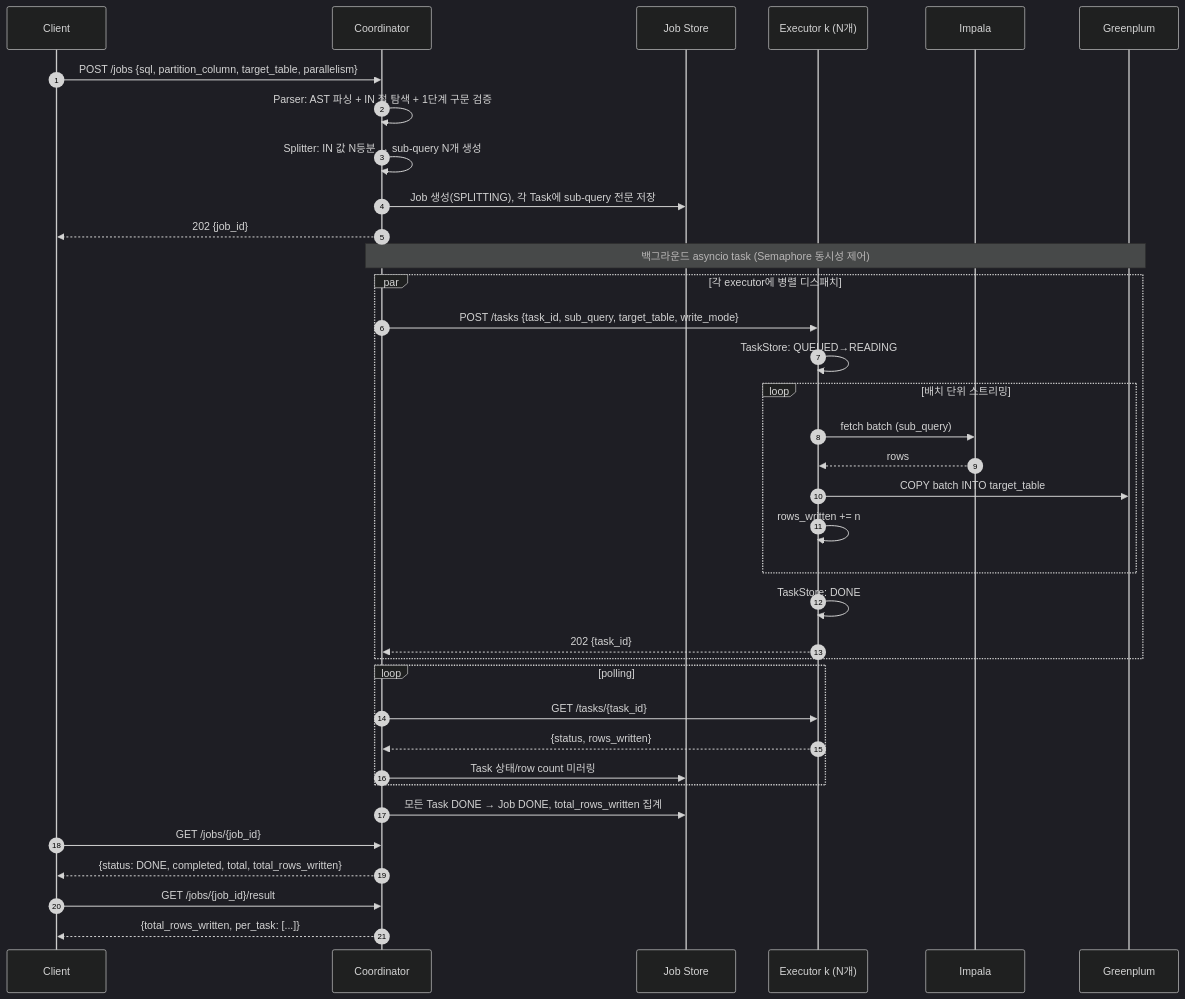
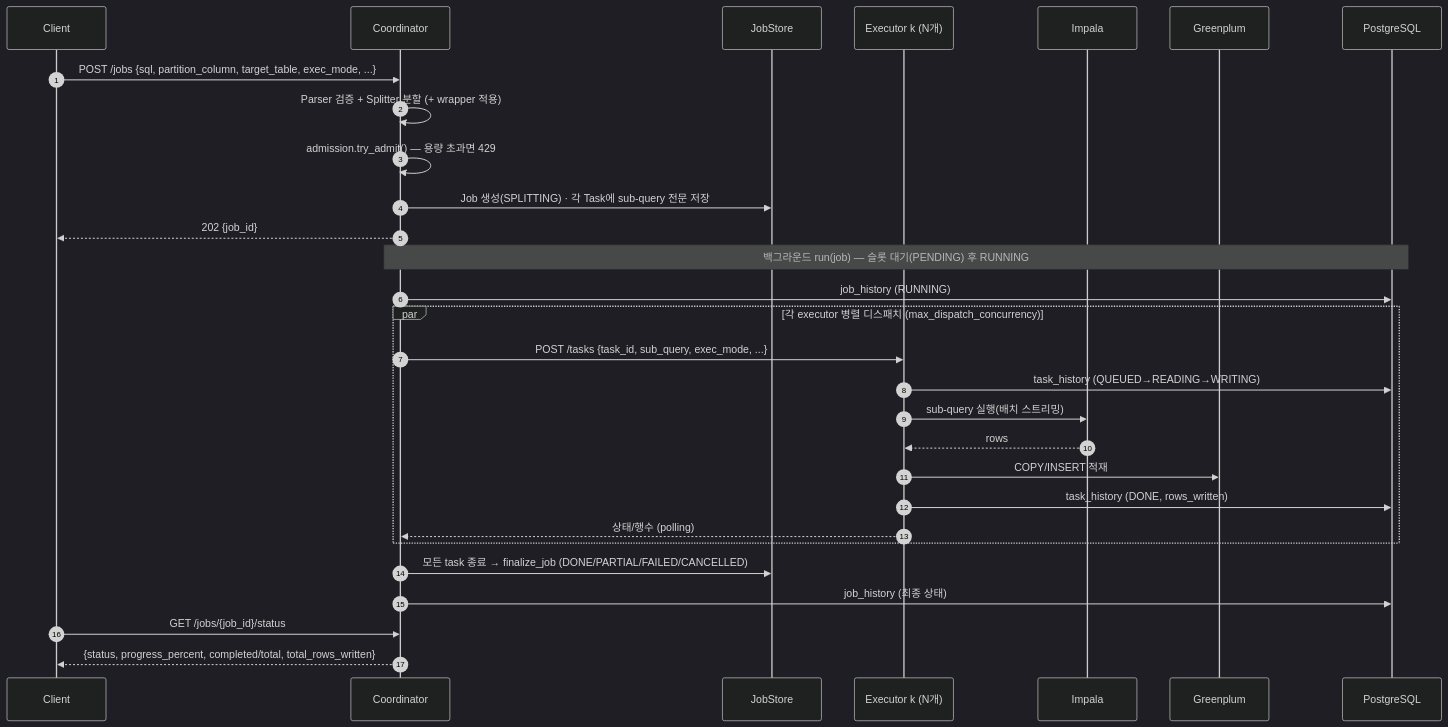
One commit to DataDynamics/distributed-query-executor changed the sixth of 8 diagrams in DESIGN.md. Above: the diagram before and after it, drawn with Mermaid (dark theme). The commit also changed other lines of this file, not shown here.

````diff
--- a/DESIGN.md
+++ b/DESIGN.md
@@ -209,44 +230,36 @@
 ```mermaid
 sequenceDiagram
     autonumber
     participant C as Client
     participant CO as Coordinator
-    participant JS as Job Store
+    participant JS as JobStore
     participant EX as Executor k (N개)
     participant IM as Impala
     participant GP as Greenplum
+    participant PG as PostgreSQL
 
-    C->>CO: POST /jobs {sql, partition_column, target_table, parallelism}
-    CO->>CO: Parser: AST 파싱 + IN 절 탐색 + 1단계 구문 검증
-    CO->>CO: Splitter: IN 값 N등분 → sub-query N개 생성
-    CO->>JS: Job 생성(SPLITTING), 각 Task에 sub-query 전문 저장
+    C->>CO: POST /jobs {sql, partition_column, target_table, exec_mode, ...}
+    CO->>CO: Parser 검증 + Splitter 분할 (+ wrapper 적용)
+    CO->>CO: admission.try_admit() — 용량 초과면 429
+    CO->>JS: Job 생성(SPLITTING) · 각 Task에 sub-query 전문 저장
     CO-->>C: 202 {job_id}
 
-    Note over CO,GP: 백그라운드 asyncio task (Semaphore 동시성 제어)
+    Note over CO,PG: 백그라운드 run(job) — 슬롯 대기(PENDING) 후 RUNNING
+    CO->>PG: job_history (RUNNING)
 
-    par 각 executor에 병렬 디스패치
-        CO->>EX: POST /tasks {task_id, sub_query, target_table, write_mode}
-        EX->>EX: TaskStore: QUEUED→READING
-        loop 배치 단위 스트리밍
-            EX->>IM: fetch batch (sub_query)
-            IM-->>EX: rows
-            EX->>GP: COPY batch INTO target_table
-            EX->>EX: rows_written += n
-        end
-        EX->>EX: TaskStore: DONE
-        EX-->>CO: 202 {task_id}
+    par 각 executor 병렬 디스패치 (max_dispatch_concurrency)
+        CO->>EX: POST /tasks {task_id, sub_query, exec_mode, ...}
+        EX->>PG: task_history (QUEUED→READING→WRITING)
+        EX->>IM: sub-query 실행(배치 스트리밍)
+        IM-->>EX: rows
+        EX->>GP: COPY/INSERT 적재
+        EX->>PG: task_history (DONE, rows_written)
+        EX-->>CO: 상태/행수 (polling)
     end
 
-    loop polling
-        CO->>EX: GET /tasks/{task_id}
-        EX-->>CO: {status, rows_written}
-        CO->>JS: Task 상태/row count 미러링
-    end
+    CO->>JS: 모든 task 종료 → finalize_job (DONE/PARTIAL/FAILED/CANCELLED)
+    CO->>PG: job_history (최종 상태)
 
-    CO->>JS: 모든 Task DONE → Job DONE, total_rows_written 집계
-
-    C->>CO: GET /jobs/{job_id}
-    CO-->>C: {status: DONE, completed, total, total_rows_written}
-    C->>CO: GET /jobs/{job_id}/result
-    CO-->>C: {total_rows_written, per_task: [...]}
+    C->>CO: GET /jobs/{job_id}/status
+    CO-->>C: {status, progress_percent, completed/total, total_rows_written}
 ```
````
